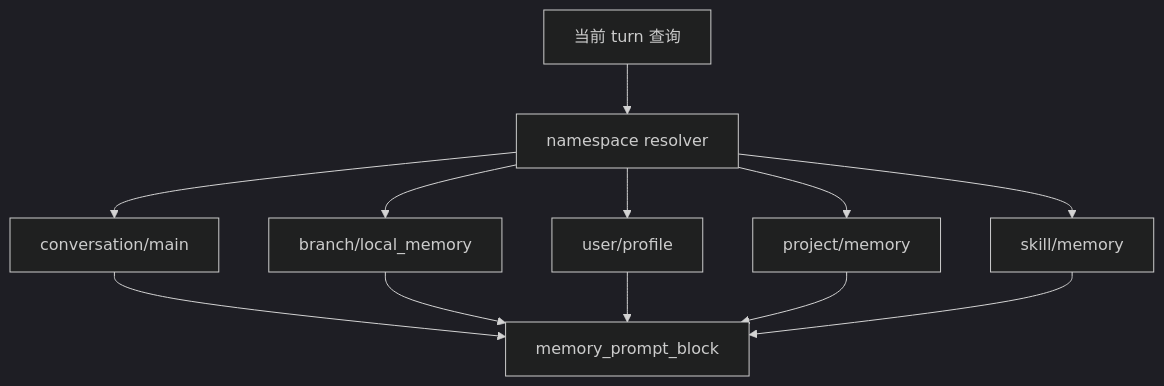
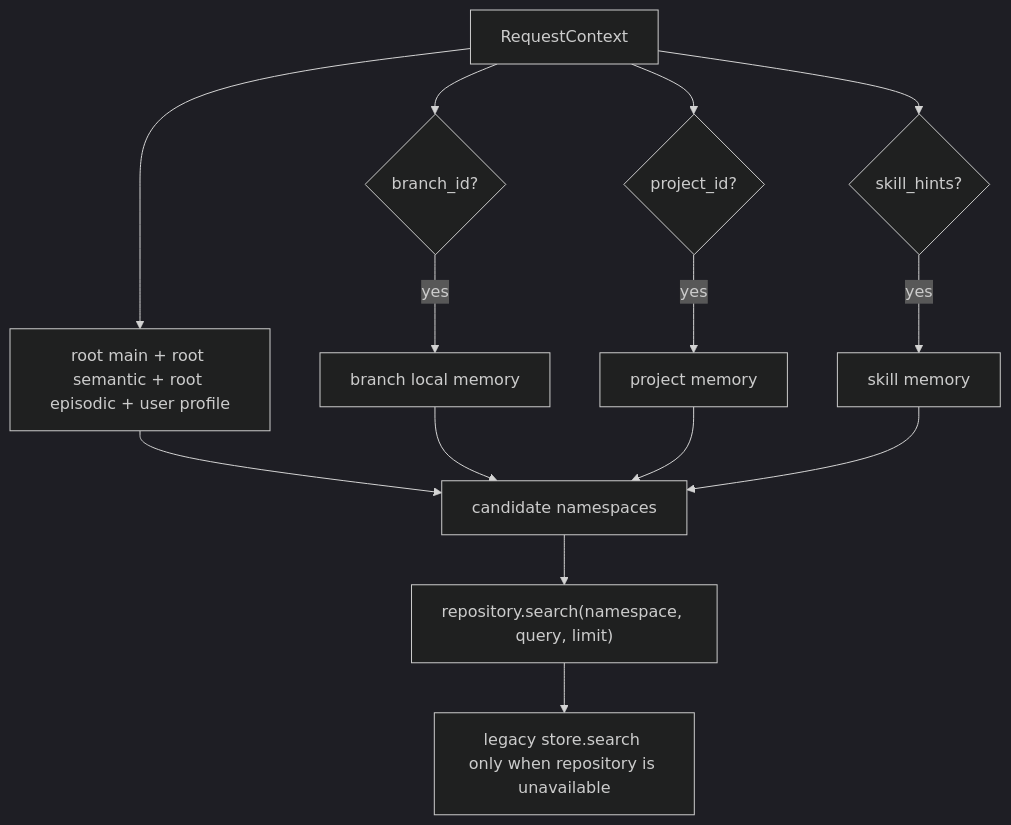
One commit to William-zgx/focus-agent changed the third of 6 diagrams in docs/memory-system.md. Above: the diagram before and after it, drawn with Mermaid (dark theme). The commit also changed other lines of this file and 58 other files, not shown here.

````diff
--- a/docs/memory-system.md
+++ b/docs/memory-system.md
@@ -108,14 +201,16 @@
 ```mermaid
 flowchart TD
-    Query["当前 turn 查询"] --> Resolver["namespace resolver"]
-    Resolver --> User["user/profile"]
-    Resolver --> Project["project/memory"]
-    Resolver --> Main["conversation/main"]
-    Resolver --> Branch["branch/local_memory"]
-    Resolver --> Skill["skill/memory"]
-    Main --> Prompt["memory_prompt_block"]
-    Branch --> Prompt
-    User --> Prompt
-    Project --> Prompt
-    Skill --> Prompt
+    Context["RequestContext"] --> Base["root main + root semantic + root episodic + user profile"]
+    Context --> Branch{"branch_id?"}
+    Context --> Project{"project_id?"}
+    Context --> Skills{"skill_hints?"}
+    Branch -- "yes" --> BranchLocal["branch local memory"]
+    Project -- "yes" --> ProjectMemory["project memory"]
+    Skills -- "yes" --> SkillMemory["skill memory"]
+    Base --> Candidates["candidate namespaces"]
+    BranchLocal --> Candidates
+    ProjectMemory --> Candidates
+    SkillMemory --> Candidates
+    Candidates --> Search["repository.search(namespace, query, limit)"]
+    Search --> Fallback["legacy store.search only when repository is unavailable"]
 ```
````
